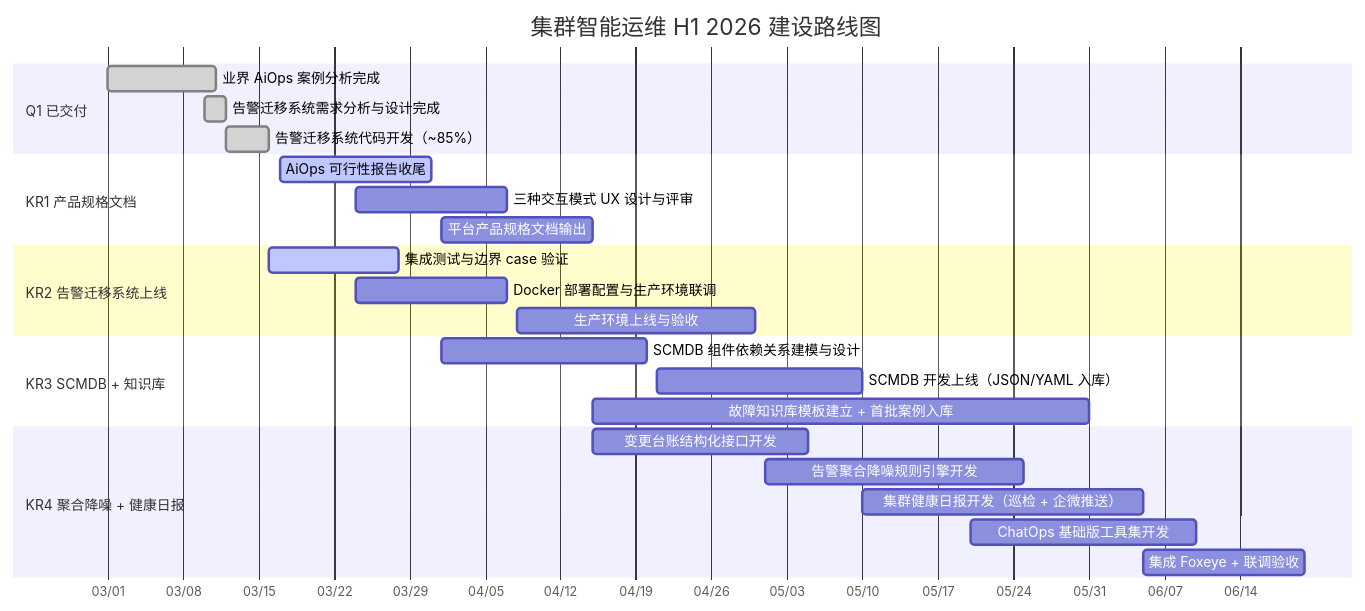
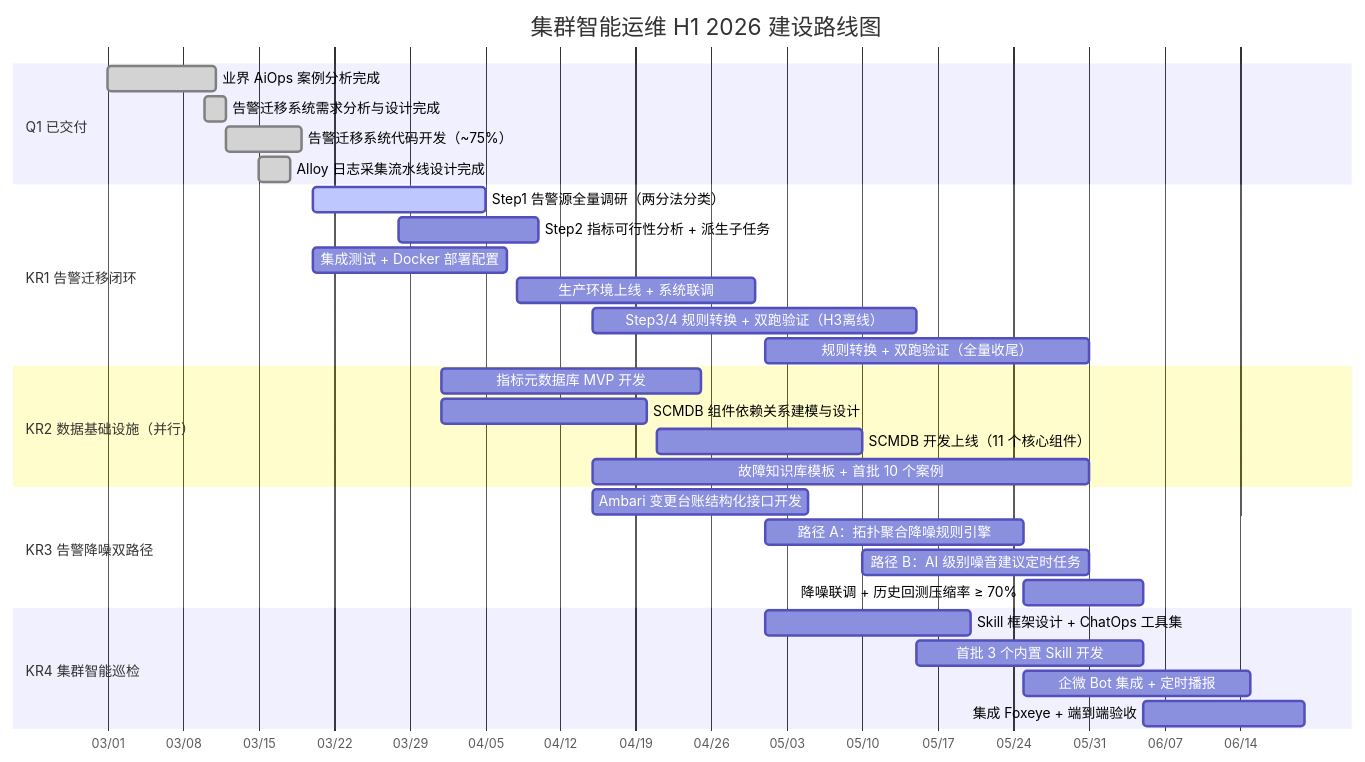
The diagram in content/工作管理/OKR/OKR-new/2026-H1-集群智能运维OKR.md (hpliStartAgain/my-brain), drawn with Mermaid before and after one commit. The commit also changed other lines of this file and 87 other files, not shown here.

````diff
--- a/content/工作管理/OKR/OKR-new/2026-H1-集群智能运维OKR.md
+++ b/content/工作管理/OKR/OKR-new/2026-H1-集群智能运维OKR.md
@@ -334,33 +339,38 @@
 ```mermaid
 gantt
     title 集群智能运维 H1 2026 建设路线图
     dateFormat YYYY-MM-DD
     axisFormat %m/%d
 
     section Q1 已交付
-    业界 AiOps 案例分析完成           :done, q1a, 2026-03-01, 2026-03-11
-    告警迁移系统需求分析与设计完成     :done, q1b, 2026-03-10, 2026-03-12
-    告警迁移系统代码开发（~85%）      :done, q1c, 2026-03-12, 2026-03-16
+    业界 AiOps 案例分析完成              :done, q1a, 2026-03-01, 2026-03-11
+    告警迁移系统需求分析与设计完成        :done, q1b, 2026-03-10, 2026-03-12
+    告警迁移系统代码开发（~75%）         :done, q1c, 2026-03-12, 2026-03-19
+    Alloy 日志采集流水线设计完成          :done, q1d, 2026-03-15, 2026-03-18
 
-    section KR1 产品规格文档
-    AiOps 可行性报告收尾              :active, k1a, 2026-03-17, 2026-03-31
-    三种交互模式 UX 设计与评审        :k1b, 2026-03-24, 2026-04-07
-    平台产品规格文档输出              :k1c, 2026-04-01, 2026-04-15
+    section KR1 告警迁移闭环
+    Step1 告警源全量调研（两分法分类）    :active, k1a, 2026-03-20, 2026-04-05
+    Step2 指标可行性分析 + 派生子任务     :k1b, 2026-03-28, 2026-04-10
+    集成测试 + Docker 部署配置           :k1c, 2026-03-20, 2026-04-07
+    生产环境上线 + 系统联调              :k1d, 2026-04-08, 2026-04-30
+    Step3/4 规则转换 + 双跑验证（H3离线）:k1e, 2026-04-15, 2026-05-15
+    规则转换 + 双跑验证（全量收尾）      :k1f, 2026-05-01, 2026-05-31
 
-    section KR2 告警迁移系统上线
-    集成测试与边界 case 验证          :active, k2a, 2026-03-16, 2026-03-28
-    Docker 部署配置与生产环境联调     :k2b, 2026-03-24, 2026-04-07
-    生产环境上线与验收               :k2c, 2026-04-08, 2026-04-30
+    section KR2 数据基础设施（并行）
+    指标元数据库 MVP 开发               :k2a, 2026-04-01, 2026-04-25
+    SCMDB 组件依赖关系建模与设计         :k2b, 2026-04-01, 2026-04-20
+    SCMDB 开发上线（11 个核心组件）      :k2c, 2026-04-21, 2026-05-10
+    故障知识库模板 + 首批 10 个案例      :k2d, 2026-04-15, 2026-05-31
 
-    section KR3 SCMDB + 知识库
-    SCMDB 组件依赖关系建模与设计      :k3a, 2026-04-01, 2026-04-20
-    SCMDB 开发上线（JSON/YAML 入库）  :k3b, 2026-04-21, 2026-05-10
-    故障知识库模板建立 + 首批案例入库  :k3c, 2026-04-15, 2026-05-31
+    section KR3 告警降噪双路径
+    Ambari 变更台账结构化接口开发        :k3a, 2026-04-15, 2026-05-05
+    路径 A：拓扑聚合降噪规则引擎         :k3b, 2026-05-01, 2026-05-25
+    路径 B：AI 级别噪音建议定时任务       :k3c, 2026-05-10, 2026-05-31
+    降噪联调 + 历史回测压缩率 ≥ 70%     :k3d, 2026-05-25, 2026-06-05
 
-    section KR4 聚合降噪 + 健康日报
-    变更台账结构化接口开发            :k4a, 2026-04-15, 2026-05-05
-    告警聚合降噪规则引擎开发          :k4b, 2026-05-01, 2026-05-25
-    集群健康日报开发（巡检 + 企微推送）:k4c, 2026-05-10, 2026-06-05
-    ChatOps 基础版工具集开发          :k4d, 2026-05-20, 2026-06-10
-    集成 Foxeye + 联调验收            :k4e, 2026-06-05, 2026-06-20
+    section KR4 集群智能巡检
+    Skill 框架设计 + ChatOps 工具集      :k4a, 2026-05-01, 2026-05-20
+    首批 3 个内置 Skill 开发             :k4b, 2026-05-15, 2026-06-05
+    企微 Bot 集成 + 定时播报             :k4c, 2026-05-25, 2026-06-15
+    集成 Foxeye + 端到端验收             :k4d, 2026-06-05, 2026-06-20
 ```
````
